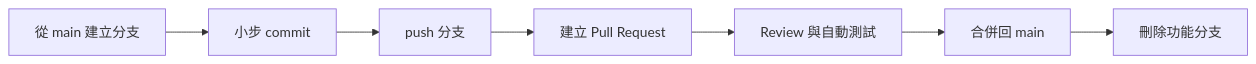
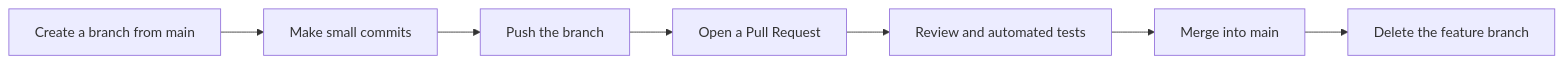
The first of 2 diagrams in docs/Git/Git Commands/06_Git_Workflows_and_Collaboration.md (uuboyscy/uuboyscy-engineering-logs), drawn with Mermaid before and after one commit. The commit also changed other lines of this file and 16 other files, not shown here.

````diff
--- a/docs/Git/Git Commands/06_Git_Workflows_and_Collaboration.md
+++ b/docs/Git/Git Commands/06_Git_Workflows_and_Collaboration.md
@@ -27,9 +27,9 @@
 ```mermaid
 flowchart LR
-    A["從 main 建立分支"] --> B["小步 commit"]
-    B --> C["push 分支"]
-    C --> D["建立 Pull Request"]
-    D --> E["Review 與自動測試"]
-    E --> F["合併回 main"]
-    F --> G["刪除功能分支"]
+    A["Create a branch from main"] --> B["Make small commits"]
+    B --> C["Push the branch"]
+    C --> D["Open a Pull Request"]
+    D --> E["Review and automated tests"]
+    E --> F["Merge into main"]
+    F --> G["Delete the feature branch"]
 ```
````
